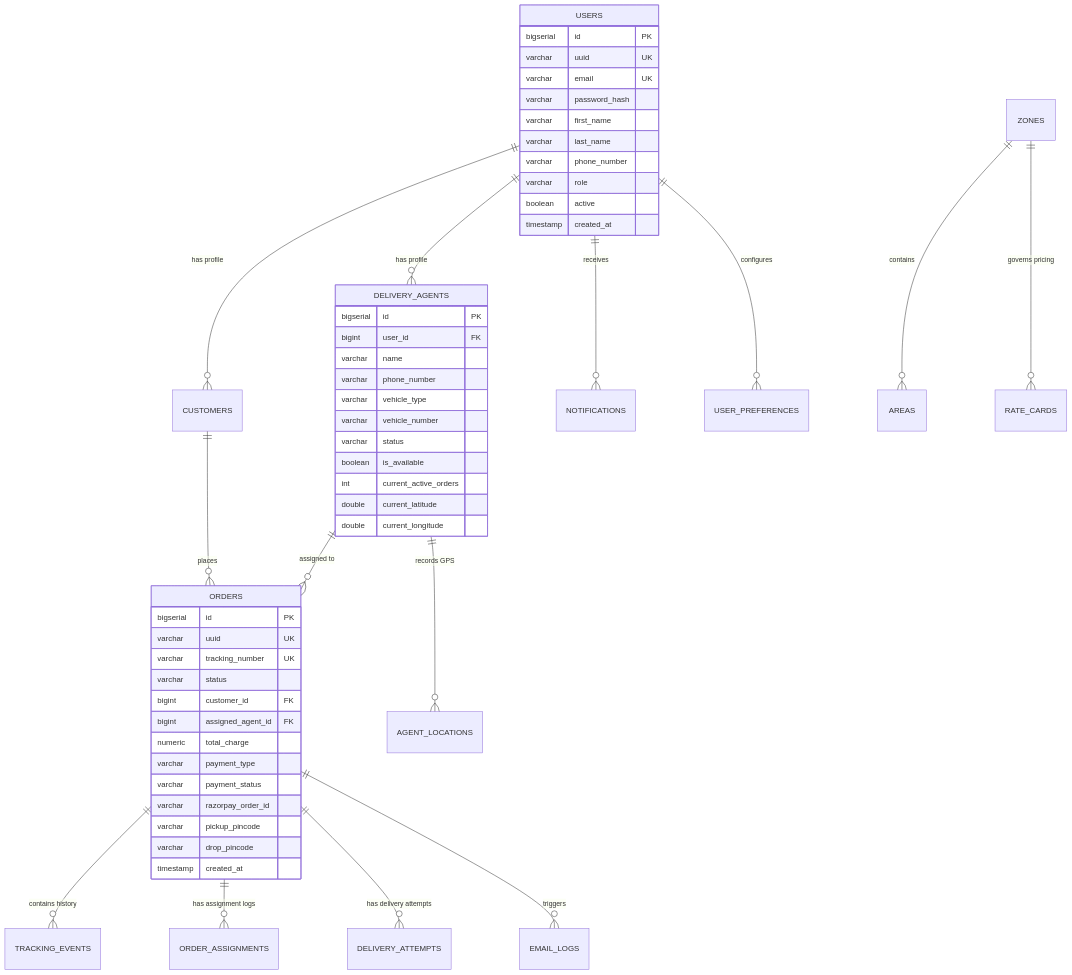
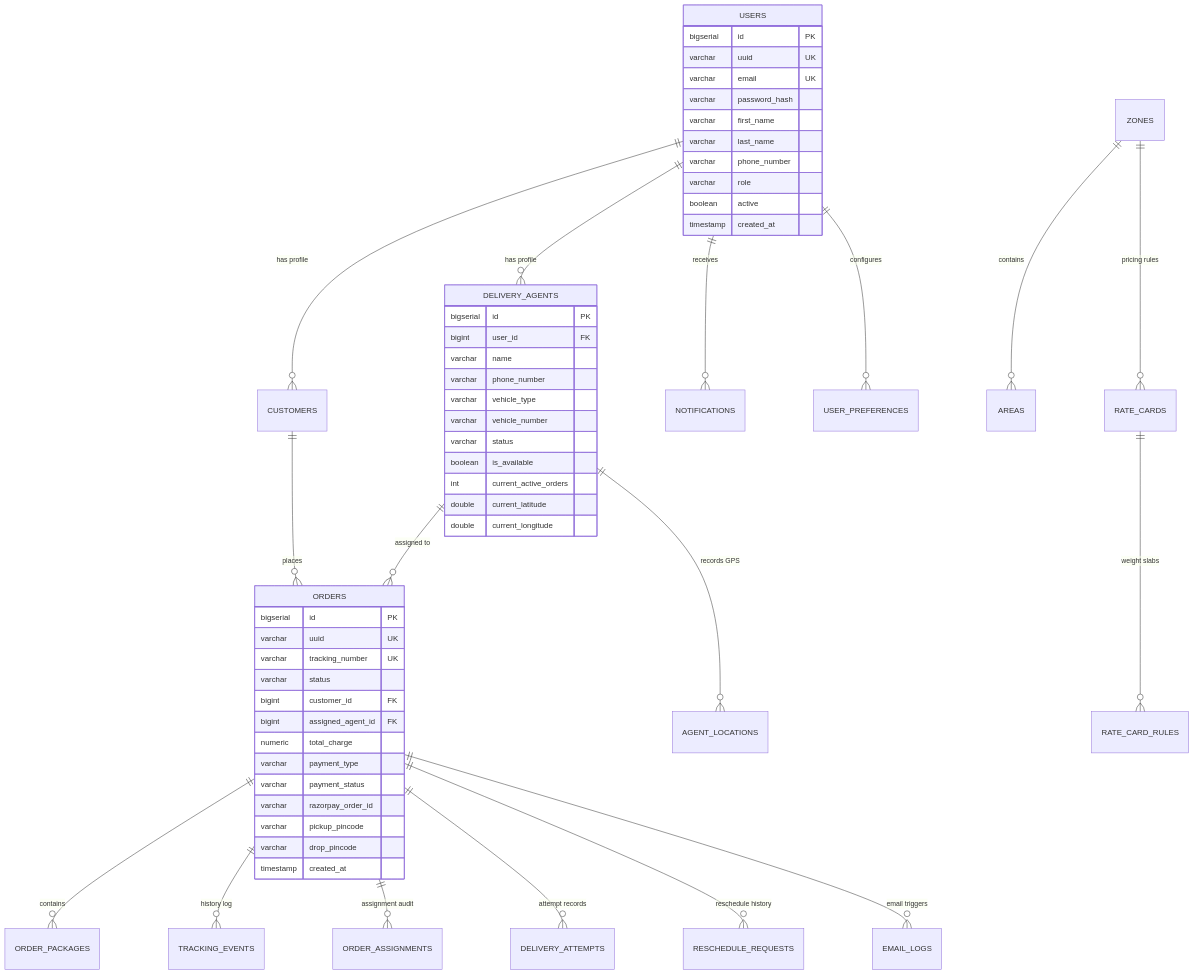
Before and after one commit to Milindverma24/Last_mile_tracker_vitb: the third of 3 diagrams in ARCHITECTURE.md, drawn with Mermaid. The commit also changed other lines of this file and 2 other files, not shown here.

Commit message:
docs: update project documentation, cleanup README screenshots, and rename design file to ARCHITECTURE.md

````diff
--- a/ARCHITECTURE.md
+++ b/ARCHITECTURE.md
@@ -171,59 +194,62 @@
 ```mermaid
 erDiagram
     USERS ||--o{ CUSTOMERS : "has profile"
     USERS ||--o{ DELIVERY_AGENTS : "has profile"
     USERS ||--o{ NOTIFICATIONS : "receives"
     USERS ||--o{ USER_PREFERENCES : "configures"
     CUSTOMERS ||--o{ ORDERS : "places"
     DELIVERY_AGENTS ||--o{ ORDERS : "assigned to"
     DELIVERY_AGENTS ||--o{ AGENT_LOCATIONS : "records GPS"
-    ORDERS ||--o{ TRACKING_EVENTS : "contains history"
-    ORDERS ||--o{ ORDER_ASSIGNMENTS : "has assignment logs"
-    ORDERS ||--o{ DELIVERY_ATTEMPTS : "has delivery attempts"
-    ORDERS ||--o{ EMAIL_LOGS : "triggers"
+    ORDERS ||--o{ ORDER_PACKAGES : "contains"
+    ORDERS ||--o{ TRACKING_EVENTS : "history log"
+    ORDERS ||--o{ ORDER_ASSIGNMENTS : "assignment audit"
+    ORDERS ||--o{ DELIVERY_ATTEMPTS : "attempt records"
+    ORDERS ||--o{ RESCHEDULE_REQUESTS : "reschedule history"
+    ORDERS ||--o{ EMAIL_LOGS : "email triggers"
     ZONES ||--o{ AREAS : "contains"
-    ZONES ||--o{ RATE_CARDS : "governs pricing"
+    ZONES ||--o{ RATE_CARDS : "pricing rules"
+    RATE_CARDS ||--o{ RATE_CARD_RULES : "weight slabs"
 
     USERS {
         bigserial id PK
         varchar uuid UK
         varchar email UK
         varchar password_hash
         varchar first_name
         varchar last_name
         varchar phone_number
         varchar role
         boolean active
         timestamp created_at
     }
 
     ORDERS {
         bigserial id PK
         varchar uuid UK
         varchar tracking_number UK
         varchar status
         bigint customer_id FK
         bigint assigned_agent_id FK
         numeric total_charge
         varchar payment_type
         varchar payment_status
         varchar razorpay_order_id
         varchar pickup_pincode
         varchar drop_pincode
         timestamp created_at
     }
 
     DELIVERY_AGENTS {
         bigserial id PK
         bigint user_id FK
         varchar name
         varchar phone_number
         varchar vehicle_type
         varchar vehicle_number
         varchar status
         boolean is_available
         int current_active_orders
         double current_latitude
         double current_longitude
     }
 ```
````
